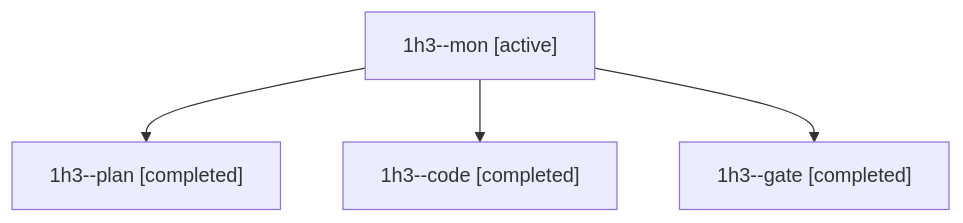
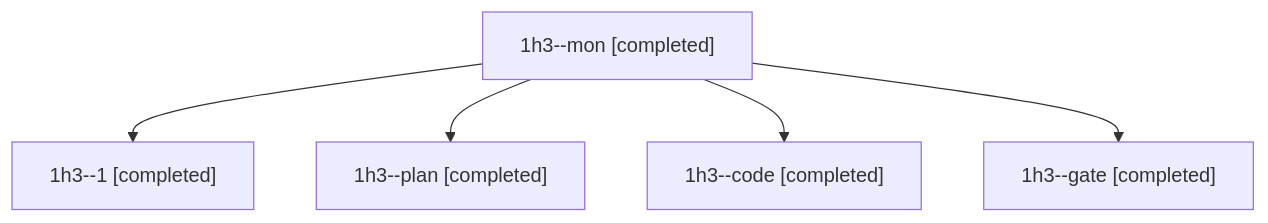
One commit to sase-org/sase--agents changed the diagram in sessions/bbugyi200.athena.1h3.md. Above: the diagram before and after it, drawn with Mermaid. The commit also changed other lines of this file and 19 other files, not shown here.

````diff
--- a/sessions/bbugyi200.athena.1h3.md
+++ b/sessions/bbugyi200.athena.1h3.md
@@ -9,10 +9,12 @@
 ```mermaid
 flowchart TD
-  n0["1h3--mon [active]"]
-  n1["1h3--plan [completed]"]
+  n0["1h3--mon [completed]"]
+  n1["1h3--1 [completed]"]
   n0 --> n1
-  n2["1h3--code [completed]"]
+  n2["1h3--plan [completed]"]
   n0 --> n2
-  n3["1h3--gate [completed]"]
+  n3["1h3--code [completed]"]
   n0 --> n3
+  n4["1h3--gate [completed]"]
+  n0 --> n4
 ```
````
